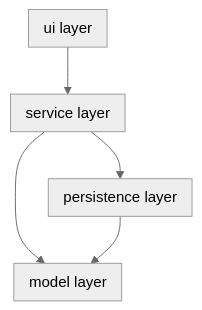
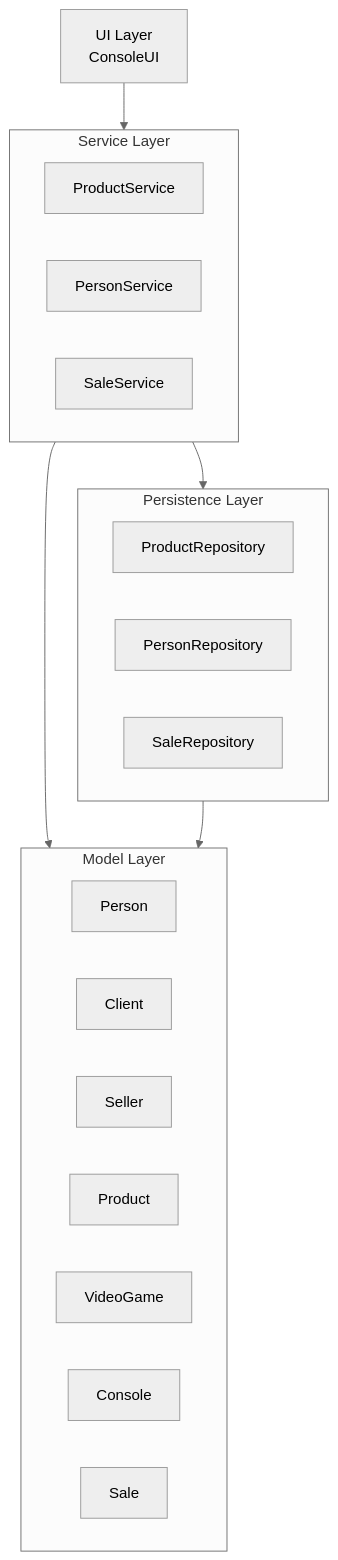
Before and after one commit to holasoyyorafa/gamezone-unicesar: the diagram in docs/layers-diagram.md, drawn with Mermaid (neutral theme). The commit also changed other lines of this file, not shown here.

Commit message:
Revise layers diagram with detailed class structure
Updated the layers diagram to include UI and service details.

````diff
--- a/docs/layers-diagram.md
+++ b/docs/layers-diagram.md
@@ -7,16 +3,26 @@
 ```mermaid
-flowchart TD
-    subgraph UI[ui layer]
+graph TD
+    UI["UI Layer<br/>ConsoleUI"] --> SERVICE
+    subgraph SERVICE["Service Layer"]
+        ProductService
+        PersonService
+        SaleService
     end
-    subgraph Service[service layer]
+    SERVICE --> PERSISTENCE
+    SERVICE --> MODEL
+    subgraph PERSISTENCE["Persistence Layer"]
+        ProductRepository
+        PersonRepository
+        SaleRepository
     end
-    subgraph Persistence[persistence layer]
+    PERSISTENCE --> MODEL
+    subgraph MODEL["Model Layer"]
+        Person
+        Client
+        Seller
+        Product
+        VideoGame
+        Console
+        Sale
     end
-    subgraph Model[model layer]
-    end
-
-    UI --> Service
-    Service --> Persistence
-    Service --> Model
-    Persistence --> Model
 ```
````
